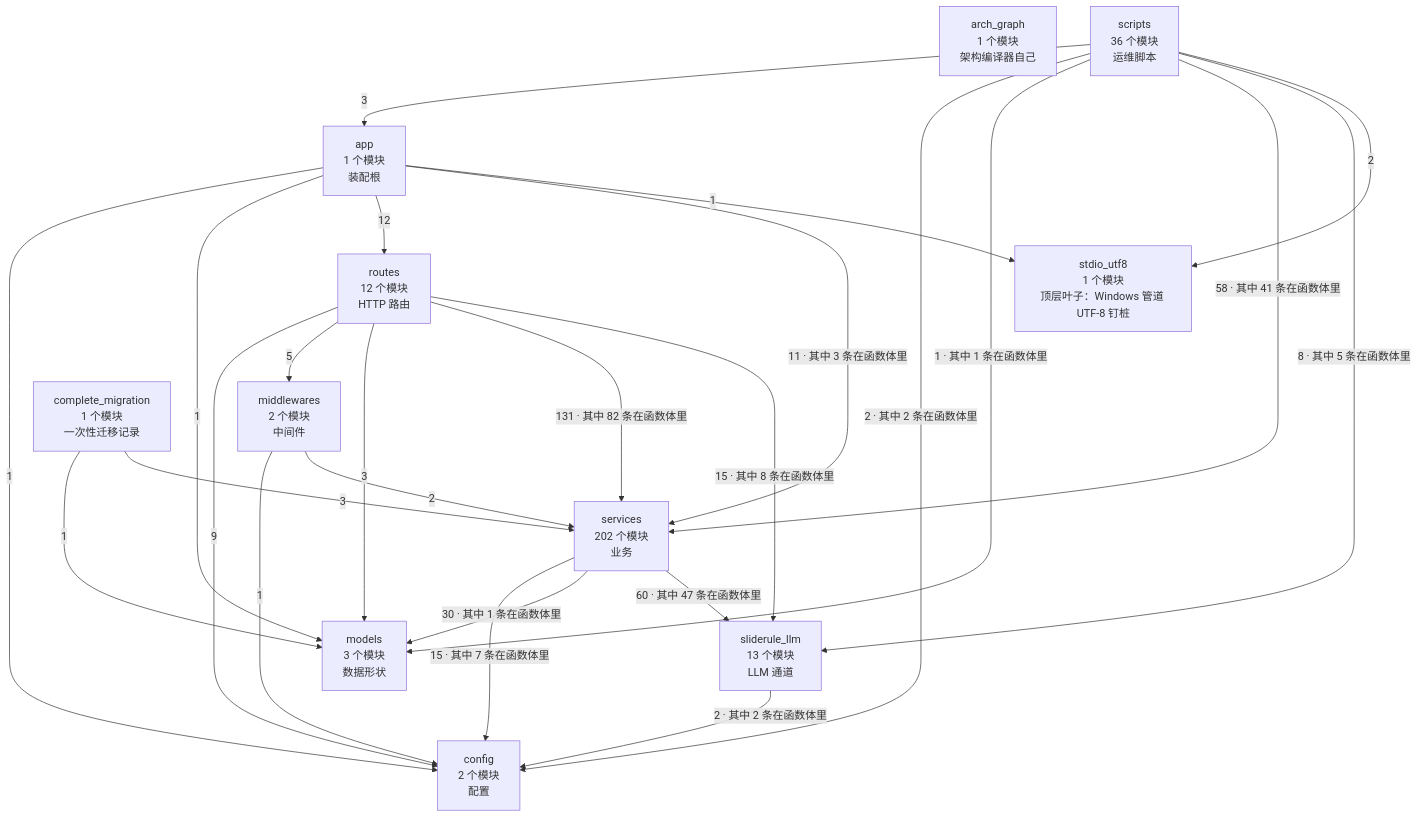
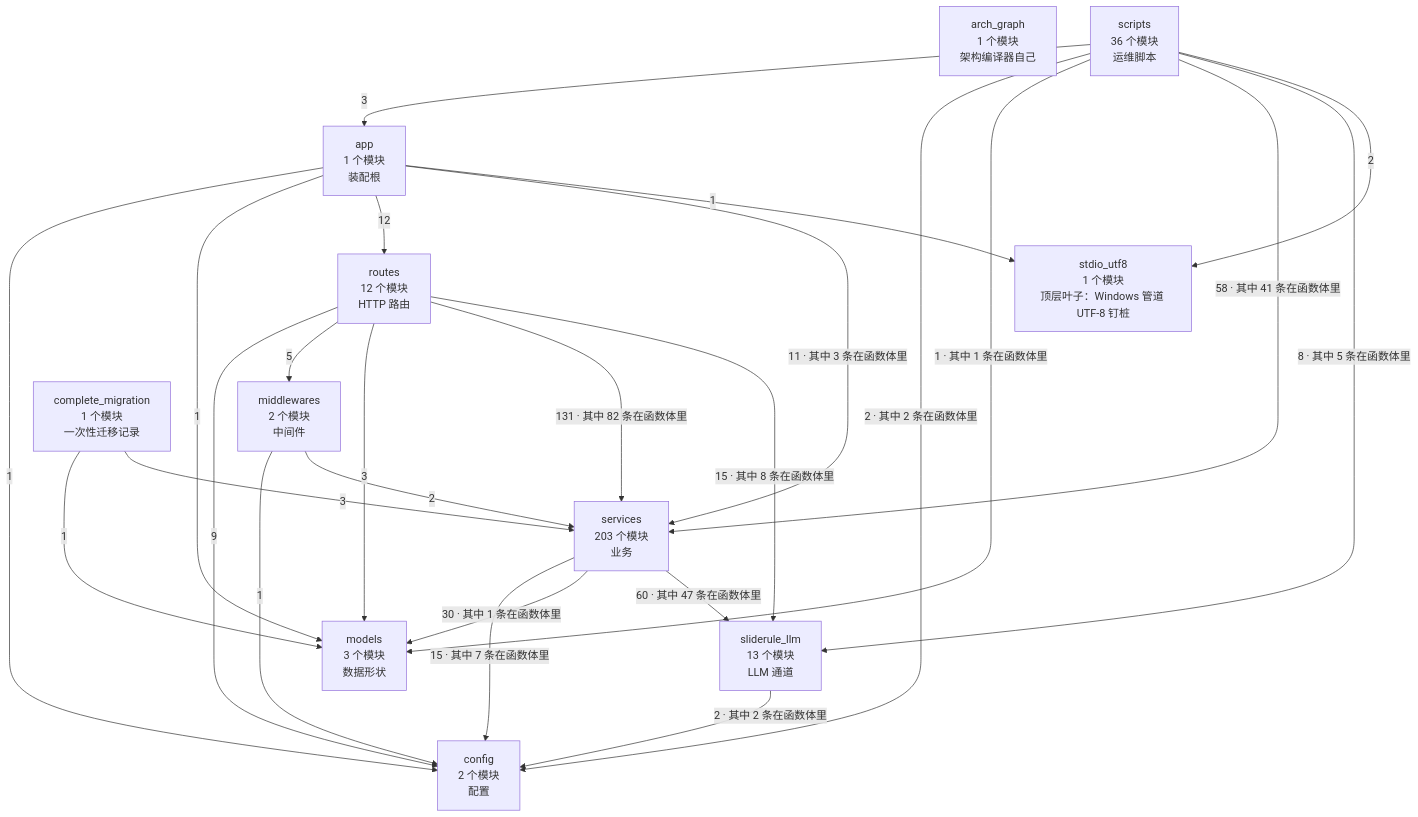
One commit to 2686521696/WhyBuddy changed the first of 2 diagrams in docs/SlideRule V6.2 架构图（自动生成）.md. Above: the diagram before and after it, drawn with Mermaid. The commit also changed other lines of this file and 13 other files, not shown here.

````diff
--- a/docs/SlideRule V6.2 架构图（自动生成）.md
+++ b/docs/SlideRule V6.2 架构图（自动生成）.md
@@ -36,38 +36,38 @@
 ```mermaid
 flowchart TB
   arch_graph["arch_graph<br/>1 个模块<br/>架构编译器自己"]
   config["config<br/>2 个模块<br/>配置"]
   models["models<br/>3 个模块<br/>数据形状"]
   stdio_utf8["stdio_utf8<br/>1 个模块<br/>顶层叶子：Windows 管道 UTF-8 钉桩"]
   sliderule_llm["sliderule_llm<br/>13 个模块<br/>LLM 通道"]
   middlewares["middlewares<br/>2 个模块<br/>中间件"]
-  services["services<br/>202 个模块<br/>业务"]
+  services["services<br/>203 个模块<br/>业务"]
   routes["routes<br/>12 个模块<br/>HTTP 路由"]
   app["app<br/>1 个模块<br/>装配根"]
   complete_migration["complete_migration<br/>1 个模块<br/>一次性迁移记录"]
   scripts["scripts<br/>36 个模块<br/>运维脚本"]
   app -->|1| config
   app -->|1| models
   app -->|12| routes
   app -->|11 · 其中 3 条在函数体里| services
   app -->|1| stdio_utf8
   complete_migration -->|1| models
   complete_migration -->|3| services
   middlewares -->|1| config
   middlewares -->|2| services
   routes -->|9| config
   routes -->|5| middlewares
   routes -->|3| models
   routes -->|131 · 其中 82 条在函数体里| services
   routes -->|15 · 其中 8 条在函数体里| sliderule_llm
   scripts -->|3| app
   scripts -->|2 · 其中 2 条在函数体里| config
   scripts -->|1 · 其中 1 条在函数体里| models
   scripts -->|58 · 其中 41 条在函数体里| services
   scripts -->|8 · 其中 5 条在函数体里| sliderule_llm
   scripts -->|2| stdio_utf8
   services -->|15 · 其中 7 条在函数体里| config
   services -->|30 · 其中 1 条在函数体里| models
   services -->|60 · 其中 47 条在函数体里| sliderule_llm
   sliderule_llm -->|2 · 其中 2 条在函数体里| config
 ```
````
